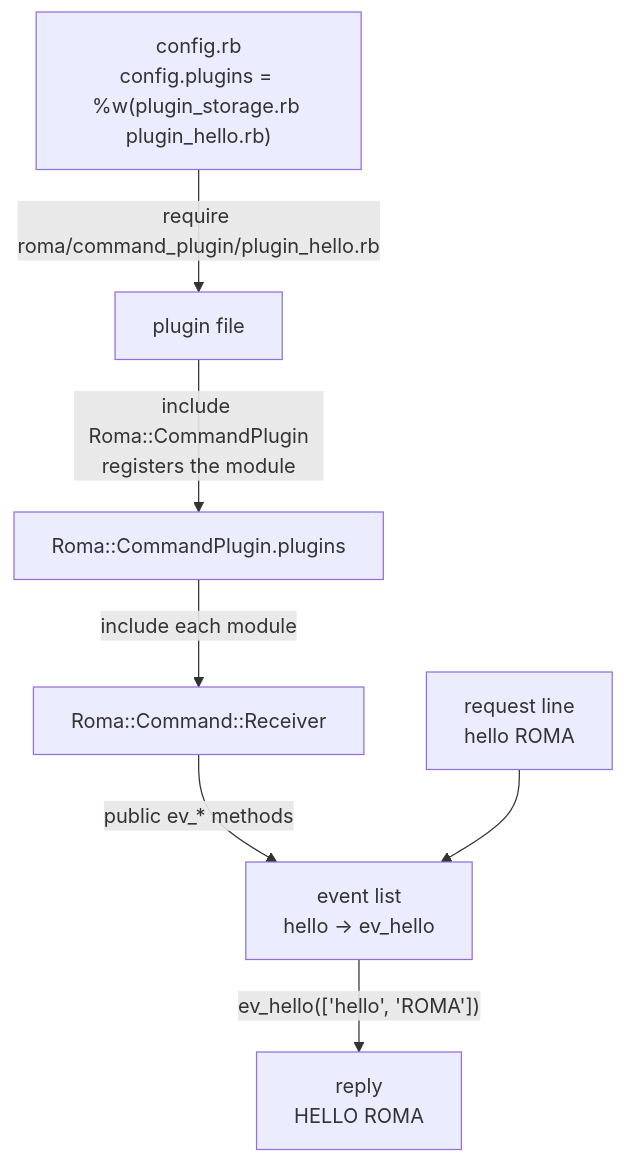
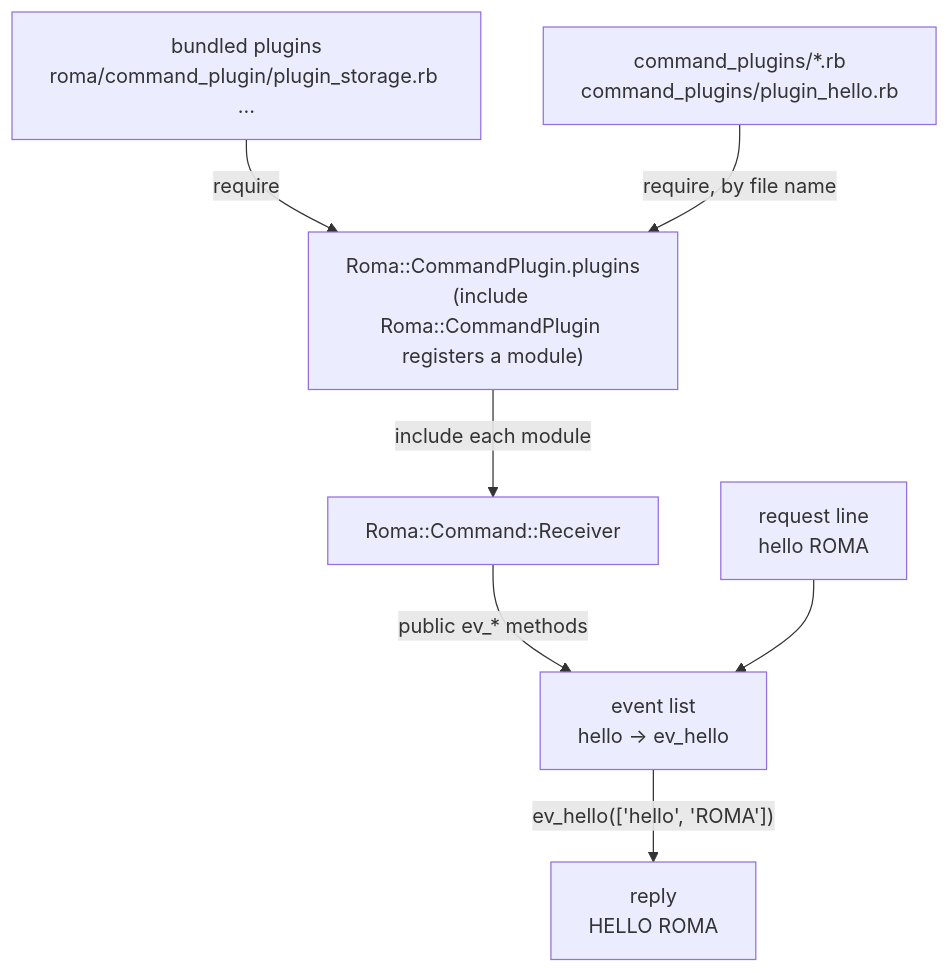
The diagram in docs/command_plugin.md (satoryu/roma), drawn with Mermaid before and after one commit. The commit also changed other lines of this file and 25 other files, not shown here.

First line of the commit message:
Load command plugins by convention instead of config.plugins

````diff
--- a/docs/command_plugin.md
+++ b/docs/command_plugin.md
@@ -57,10 +62,11 @@
 ```mermaid
 flowchart TD
-    config["config.rb<br>config.plugins = %w(plugin_storage.rb plugin_hello.rb)"]
-    config -->|"require roma/command_plugin/plugin_hello.rb"| file["plugin file"]
-    file -->|"include Roma::CommandPlugin<br>registers the module"| list["Roma::CommandPlugin.plugins"]
+    bundled["bundled plugins<br>roma/command_plugin/plugin_storage.rb ..."]
+    dir["command_plugins/*.rb<br>command_plugins/plugin_hello.rb"]
+    bundled -->|"require"| list
+    dir -->|"require, by file name"| list["Roma::CommandPlugin.plugins<br>(include Roma::CommandPlugin registers a module)"]
     list -->|"include each module"| receiver["Roma::Command::Receiver"]
     receiver -->|"public ev_* methods"| events["event list<br>hello → ev_hello"]
     request["request line<br>hello ROMA"] --> events
     events -->|"ev_hello(['hello', 'ROMA'])"| reply["reply<br>HELLO ROMA"]
 ```
````
